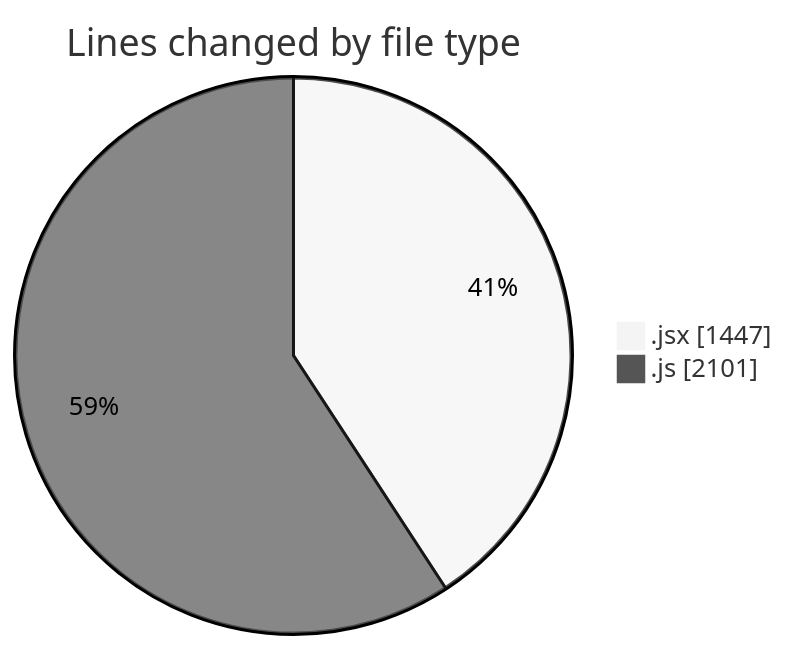
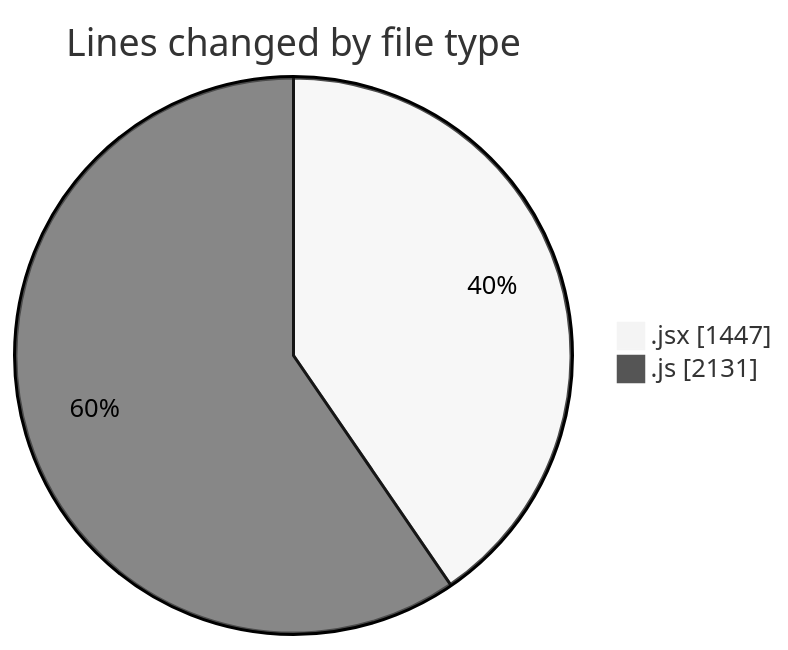
One commit to nxtqubesakshisongat/code-tracking changed the first of 2 diagrams in 2025-09-15/nxtqube_webapp/README.md. Above: the diagram before and after it, drawn with Mermaid (neutral theme). The commit also changed other lines of this file and 1 other file, not shown here.

````diff
--- a/2025-09-15/nxtqube_webapp/README.md
+++ b/2025-09-15/nxtqube_webapp/README.md
@@ -22,6 +22,6 @@
 ```mermaid
 pie showData
 title Lines changed by file type
 ".jsx" : 1447
-".js" : 2101
+".js" : 2131
 ```
````
